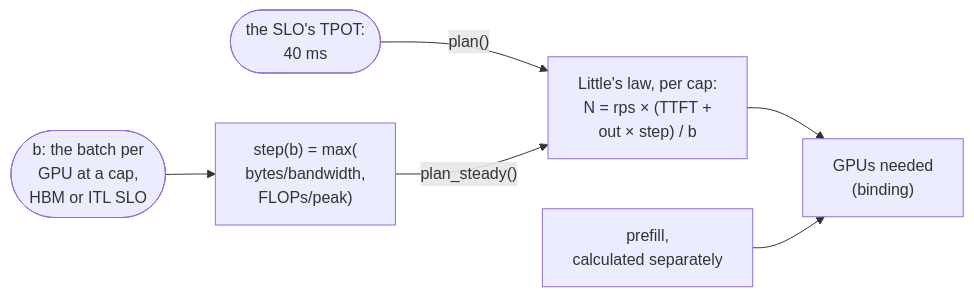
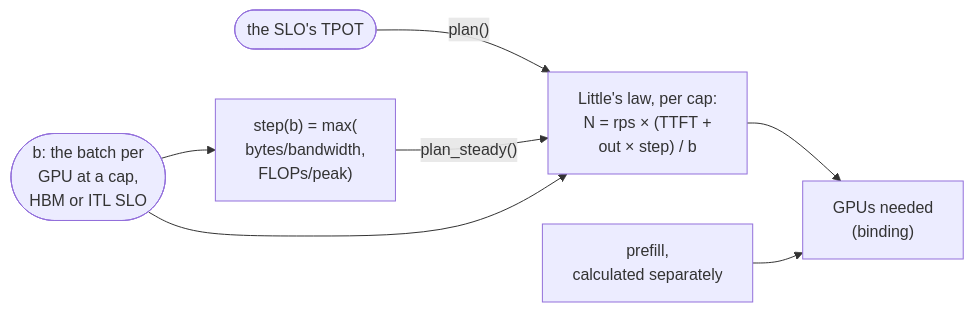
The fourth of 4 diagrams in 00-foundations/rl-and-thinking-models/PRIMER.md (aniryou/full-stack-agentic-engineer), drawn with Mermaid before and after one commit. The commit also changed other lines of this file and 15 other files, not shown here.

First line of the commit message:
WIP snapshot: the figure round (charts, improvements, additions) in progress (2026-10-30T18:37:14Z); not validated [skip ci]

````diff
--- a/00-foundations/rl-and-thinking-models/PRIMER.md
+++ b/00-foundations/rl-and-thinking-models/PRIMER.md
@@ -805,8 +805,9 @@
 ```mermaid
 flowchart LR
-  TP(["the SLO's TPOT:<br/>40 ms"]) -->|"plan()"| LL
+  TP(["the SLO's TPOT"]) -->|"plan()"| LL
   B(["b: the batch per<br/>GPU at a cap,<br/>HBM or ITL SLO"]) --> ST["step(b) = max(<br/>bytes/bandwidth,<br/>FLOPs/peak)"]
   ST -->|"plan_steady()"| LL
+  B --> LL
   LL["Little's law, per cap:<br/>N = rps × (TTFT +<br/>out × step) / b"] --> G["GPUs needed<br/>(binding)"]
   PF["prefill,<br/>calculated separately"] --> G
 ```
````
